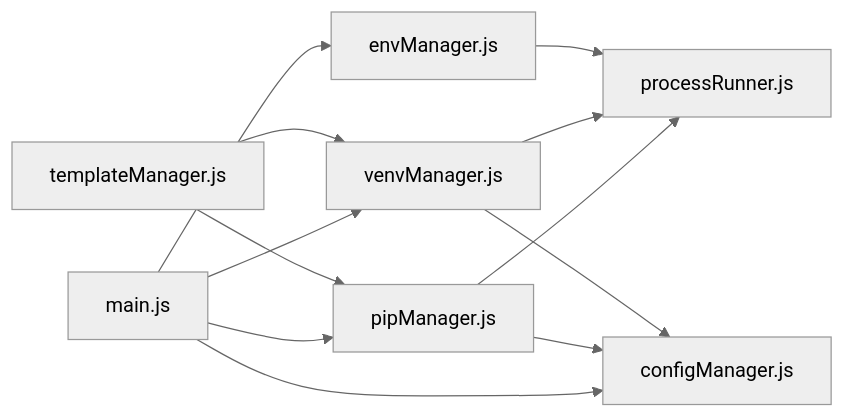
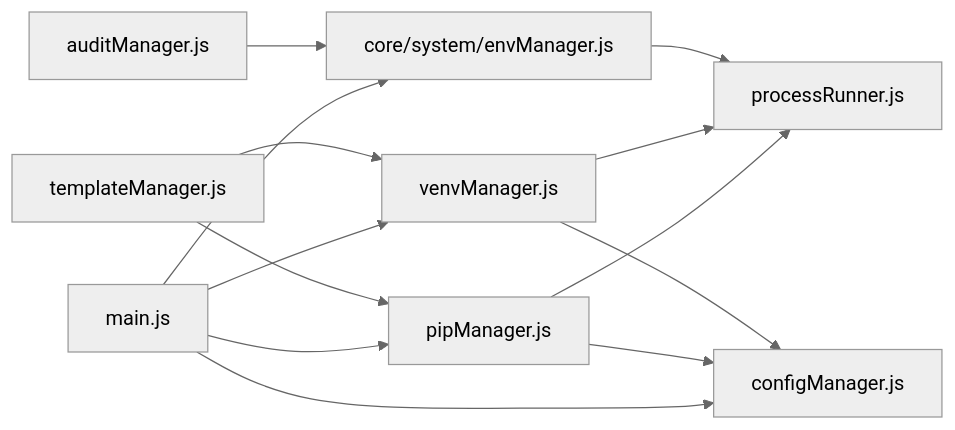
The ninth of 9 diagrams in docs/en/content/Core Features/Environment Management/Environment Management.md (SoftheartedYYC/PyLibMaster), drawn with Mermaid (neutral theme) before and after one commit. The commit also changed other lines of this file and 72 other files, not shown here.

````diff
--- a/docs/en/content/Core Features/Environment Management/Environment Management.md
+++ b/docs/en/content/Core Features/Environment Management/Environment Management.md
@@ -378,14 +401,15 @@
 ```mermaid
 graph LR
-Main["main.js"] --> Env["envManager.js"]
+Main["main.js"] --> Env["core/system/envManager.js"]
 Main --> Venv["venvManager.js"]
 Main --> Pip["pipManager.js"]
 Main --> Cfg["configManager.js"]
 Pip --> Proc["processRunner.js"]
 Venv --> Proc
 Env --> Proc
 Pip --> Cfg
 Venv --> Cfg
 Tpl["templateManager.js"] --> Venv
 Tpl --> Pip
+Audit["auditManager.js"] --> Env
 ```
````
